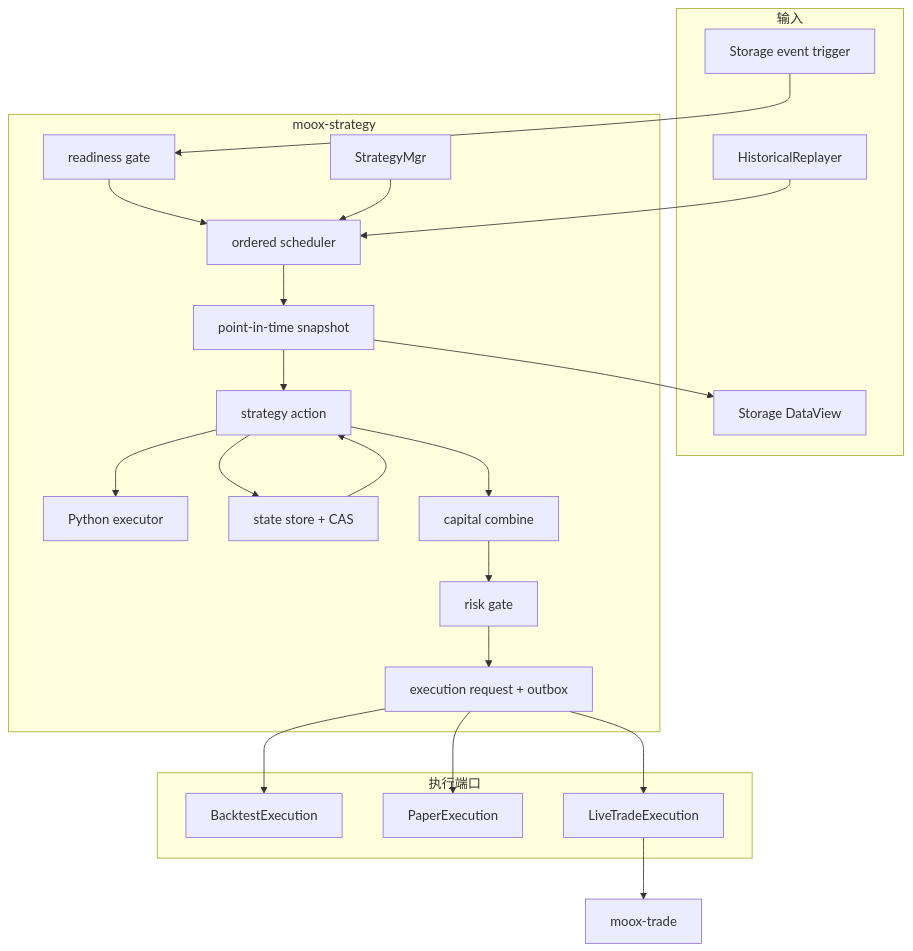
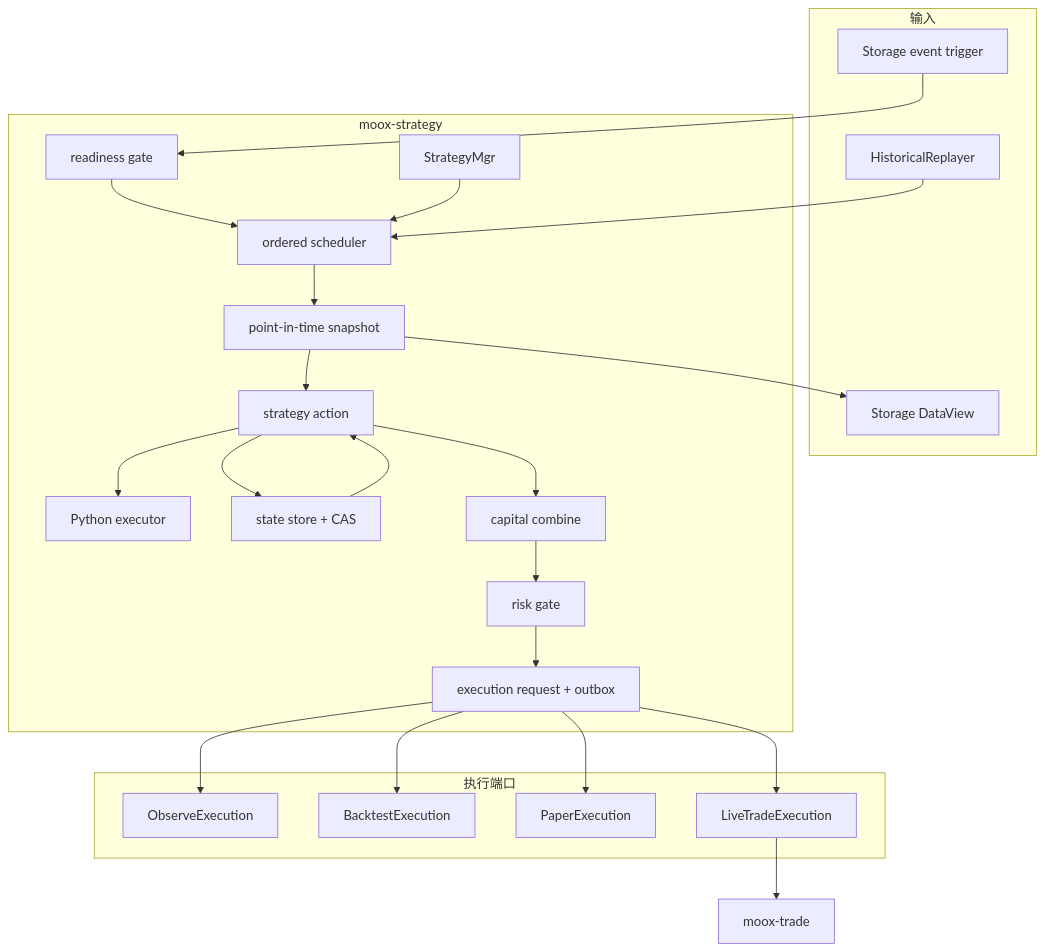
One commit to mooyang-code/moox changed the second of 2 diagrams in docs/策略模块架构设计.md. Above: the diagram before and after it, drawn with Mermaid. The commit also changed other lines of this file and 1 other file, not shown here.

First line of the commit message:
docs(strategy): refine Python runtime architecture

````diff
--- a/docs/策略模块架构设计.md
+++ b/docs/策略模块架构设计.md
@@ -132,40 +142,42 @@
 ```mermaid
 flowchart TB
   subgraph input["输入"]
     Replay["HistoricalReplayer"]
     Trigger["Storage event trigger"]
     View["Storage DataView"]
   end
 
   subgraph strategy["moox-strategy"]
     Ready["readiness gate"]
     Scheduler["ordered scheduler"]
     Snapshot["point-in-time snapshot"]
     Action["strategy action"]
     Engine["Python executor"]
     State["state store + CAS"]
     Combine["capital combine"]
     Risk["risk gate"]
     Intent["execution request + outbox"]
     RPC["StrategyMgr"]
   end
 
   subgraph execution["执行端口"]
+    Observe["ObserveExecution"]
     Backtest["BacktestExecution"]
     Paper["PaperExecution"]
     Live["LiveTradeExecution"]
   end
 
   Replay --> Scheduler
   Trigger --> Ready --> Scheduler
   Scheduler --> Snapshot --> View
   Snapshot --> Action --> Engine
   State --> Action
   Action --> State
   Action --> Combine --> Risk --> Intent
+  Intent --> Observe
   Intent --> Backtest
   Intent --> Paper
   Intent --> Live
   Live --> Trade["moox-trade"]
   RPC --> Scheduler
 ```
````
